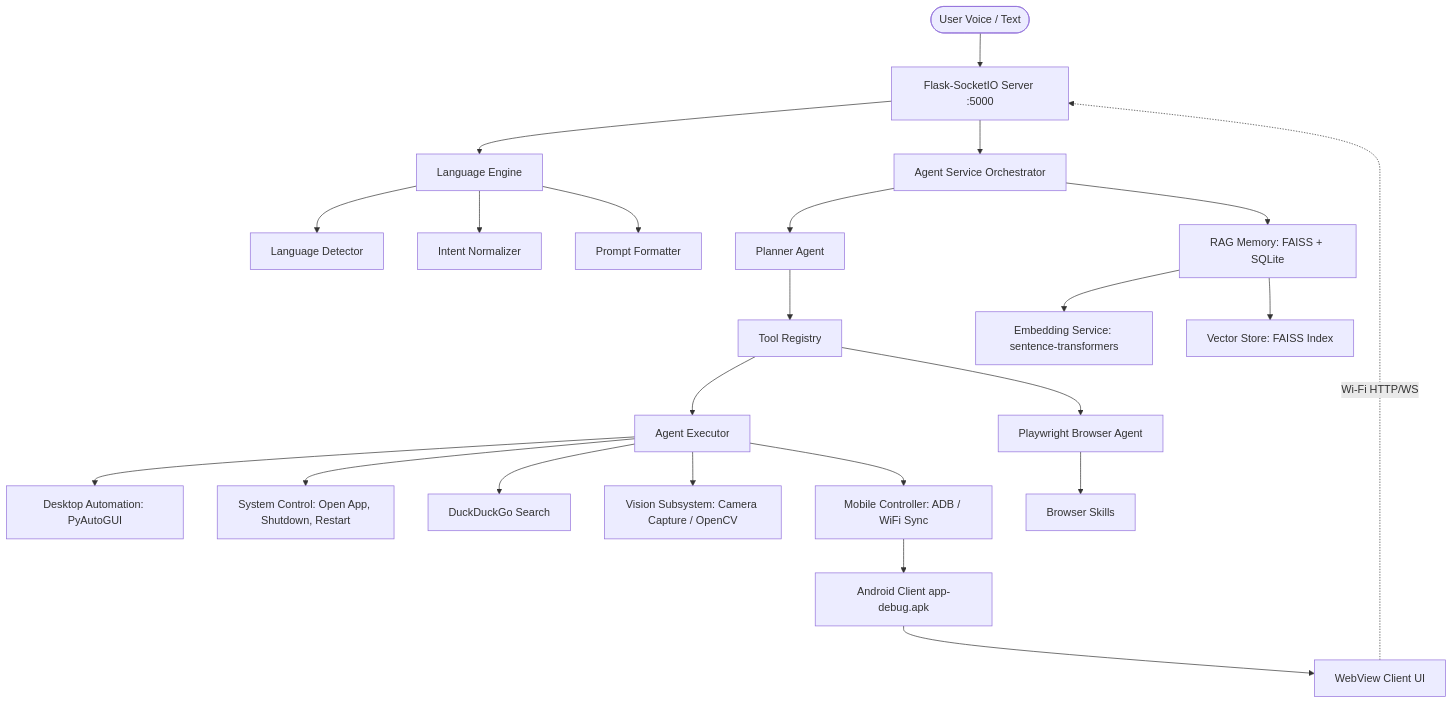
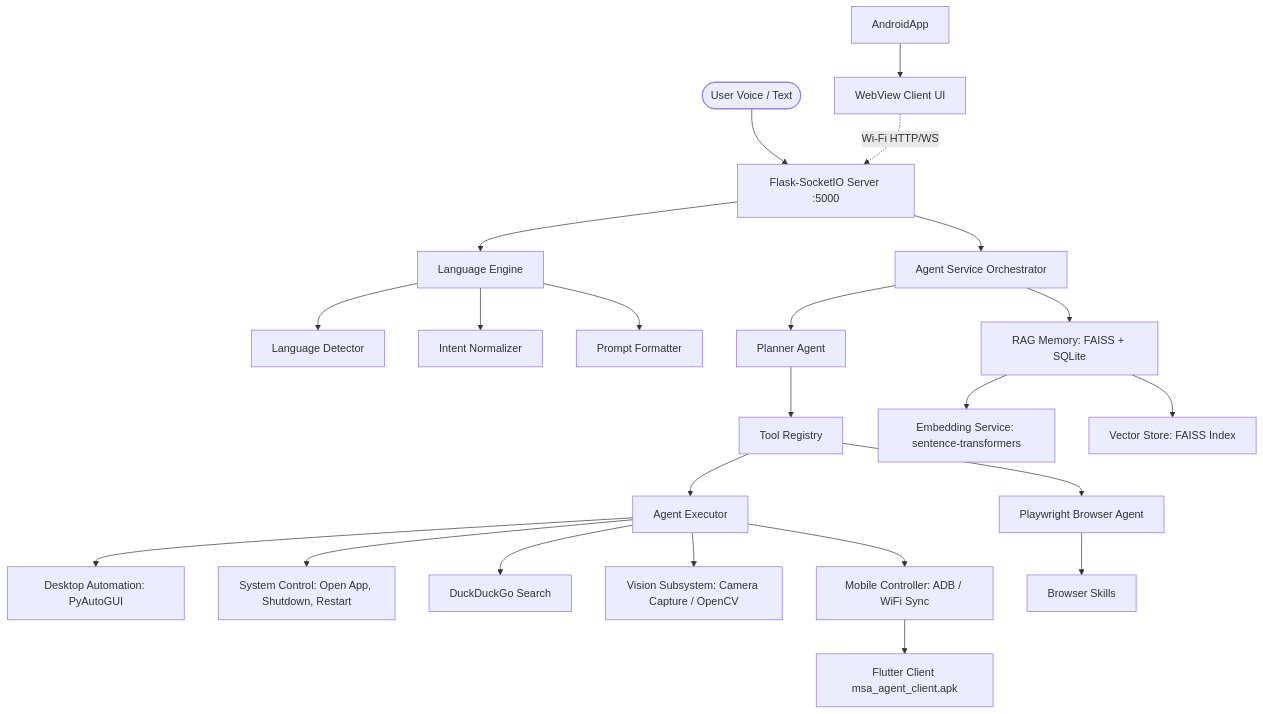
One commit to Sadique721/AI-Agent-MSA- changed the diagram in MSA_AGENT_DOCUMENTATION.md. Above: the diagram before and after it, drawn with Mermaid. The commit also changed other lines of this file and 19 other files, not shown here.

Commit message:
Upgrade native Android Kotlin app to Flutter mobile client, resolve deep logic bugs across backend, agent logic, and Flutter telemetry. Fix device connectivity, API URLs, replan counters, logging, and documentation. Exclude heavy APKs from git version control.

````diff
--- a/MSA_AGENT_DOCUMENTATION.md
+++ b/MSA_AGENT_DOCUMENTATION.md
@@ -12,31 +12,31 @@
 ```mermaid
 graph TD
     User([User Voice / Text]) --> Server[Flask-SocketIO Server :5000]
     
     Server --> LangEngine[Language Engine]
     LangEngine --> Detect[Language Detector]
     LangEngine --> Normal[Intent Normalizer]
     LangEngine --> Prompt[Prompt Formatter]
     
     Server --> AgentServ[Agent Service Orchestrator]
     AgentServ --> Planner[Planner Agent]
     Planner --> Registry[Tool Registry]
     
     Registry --> Executor[Agent Executor]
     Executor --> DesktopCtrl[Desktop Automation: PyAutoGUI]
     Executor --> SysCtrl[System Control: Open App, Shutdown, Restart]
     Executor --> WebSearch[DuckDuckGo Search]
     Executor --> VisionSub[Vision Subsystem: Camera Capture / OpenCV]
     Executor --> MobileCtrl[Mobile Controller: ADB / WiFi Sync]
     
     Registry --> Playwright[Playwright Browser Agent]
     Playwright --> Skills[Browser Skills]
     
     AgentServ --> RAG[RAG Memory: FAISS + SQLite]
     RAG --> Embed[Embedding Service: sentence-transformers]
     RAG --> Vector[Vector Store: FAISS Index]
     
-    MobileCtrl --> AndroidApp[Android Client app-debug.apk]
+    MobileCtrl --> FlutterApp[Flutter Client msa_agent_client.apk]
     AndroidApp --> WebView[WebView Client UI]
     WebView -.->|Wi-Fi HTTP/WS| Server
 ```
````
